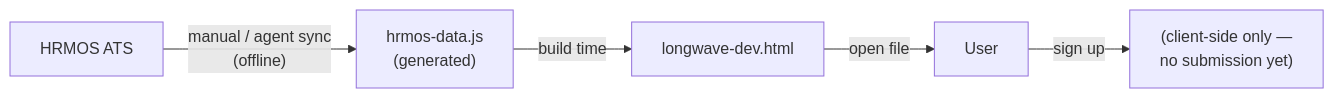
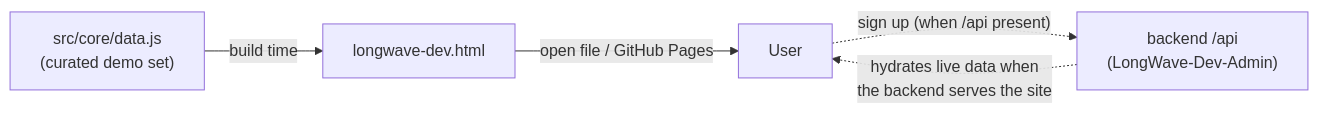
Before and after one commit to LongWave-Engineering/LongWave-Dev-POC: the second of 7 diagrams in docs/ARCHITECTURE.md, drawn with Mermaid. The commit also changed other lines of this file and 7 other files, not shown here.

First line of the commit message:
refactor: move the backend to LongWave-Dev-Admin — this repo is now just the public site

````diff
--- a/docs/ARCHITECTURE.md
+++ b/docs/ARCHITECTURE.md
@@ -61,7 +63,7 @@
 ```mermaid
 flowchart LR
-    hrmos["HRMOS ATS"] -->|"manual / agent sync<br/>(offline)"| gen["hrmos-data.js<br/>(generated)"]
-    gen -->|build time| bundle["longwave-dev.html"]
-    bundle -->|open file| user["User"]
-    user -->|sign up| nowhere["(client-side only —<br/>no submission yet)"]
+    demo["src/core/data.js<br/>(curated demo set)"] -->|build time| bundle["longwave-dev.html"]
+    bundle -->|"open file / GitHub Pages"| user["User"]
+    api["backend /api<br/>(LongWave-Dev-Admin)"] -.->|"hydrates live data when<br/>the backend serves the site"| user
+    user -.->|"sign up (when /api present)"| api
 ```
````
